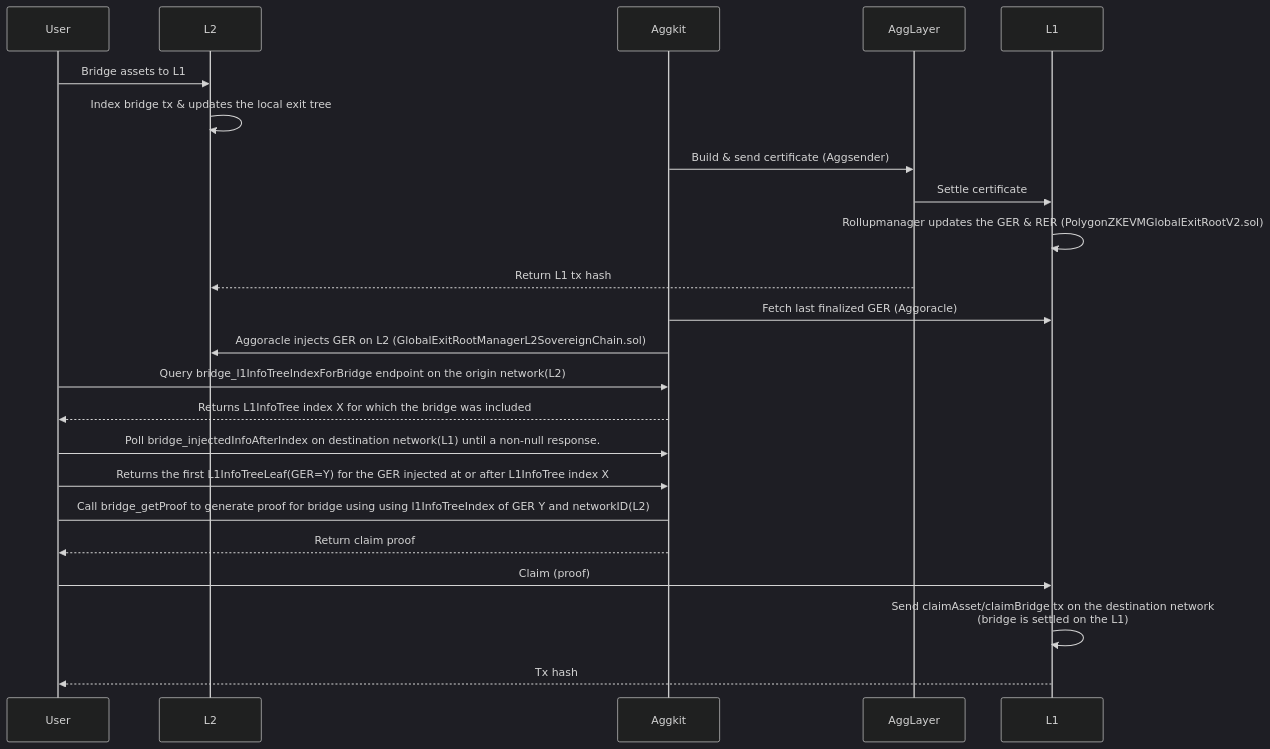
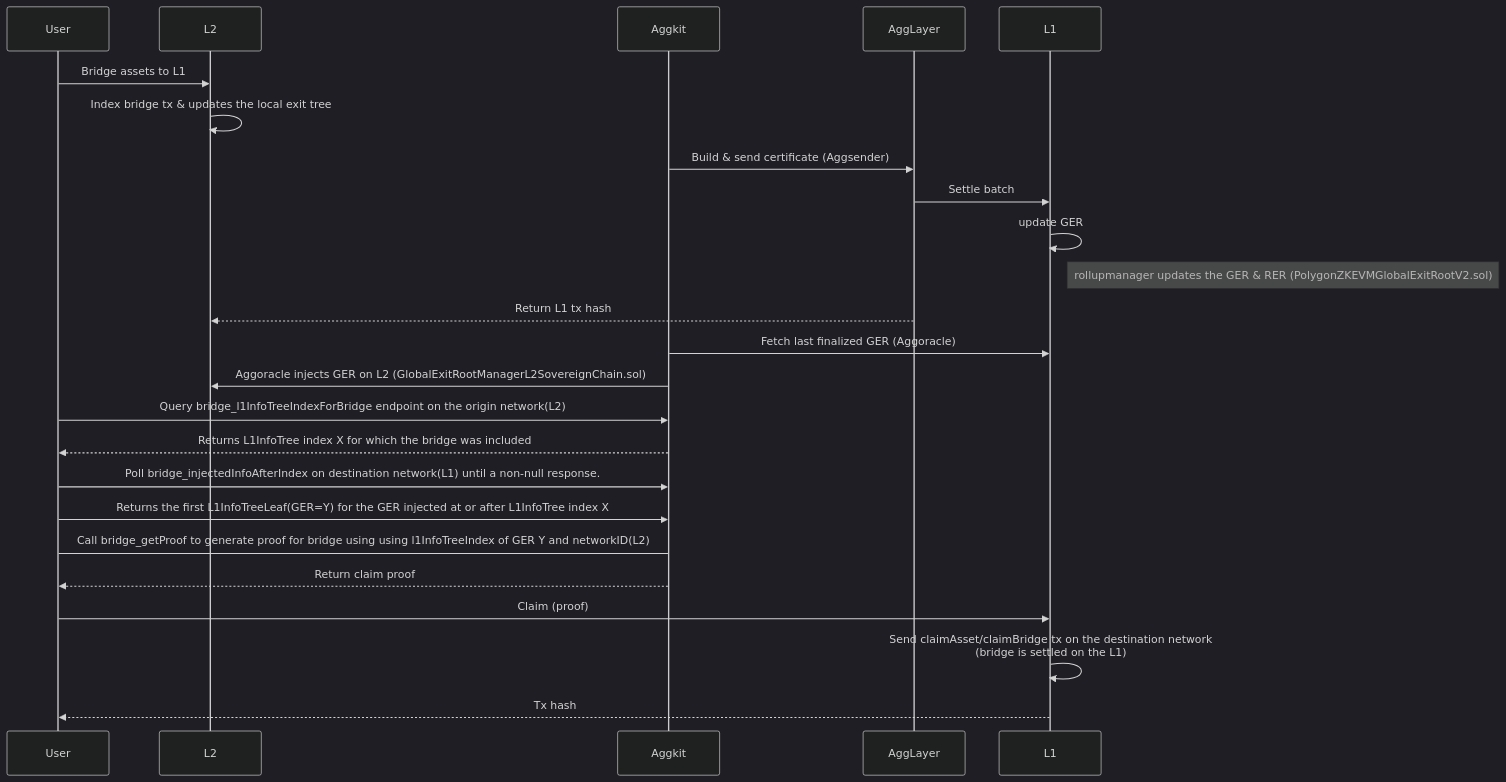
Before and after one commit to agglayer/aggkit: the third of 5 diagrams in docs/bridge_service.md, drawn with Mermaid (dark theme). The commit also changed other lines of this file, not shown here.

````diff
--- a/docs/bridge_service.md
+++ b/docs/bridge_service.md
@@ -73,27 +89,28 @@
 ```mermaid
 sequenceDiagram
     participant User
     participant L2
     participant Aggkit
     participant AggLayer
     participant L1
 
     User->>L2: Bridge assets to L1
     L2->>L2: Index bridge tx & updates the local exit tree
     Aggkit->>AggLayer: Build & send certificate (Aggsender)
-    AggLayer->>L1: Settle certificate
-    L1->>L1: Rollupmanager updates the GER & RER (PolygonZKEVMGlobalExitRootV2.sol)
+    AggLayer->>L1: Settle batch
+    L1->>L1: update GER
+    Note right of L1: rollupmanager updates the GER & RER (PolygonZKEVMGlobalExitRootV2.sol)
     AggLayer-->>L2: Return L1 tx hash
     Aggkit->>L1: Fetch last finalized GER (Aggoracle)
     Aggkit->>L2: Aggoracle injects GER on L2 (GlobalExitRootManagerL2SovereignChain.sol)
 
     User->>Aggkit: Query bridge_l1InfoTreeIndexForBridge endpoint on the origin network(L2)
     Aggkit-->>User: Returns L1InfoTree index X for which the bridge was included 
     User->>Aggkit: Poll bridge_injectedInfoAfterIndex on destination network(L1) until a non-null response.
     User->>Aggkit: Returns the first L1InfoTreeLeaf(GER=Y) for the GER injected at or after L1InfoTree index X
     User->Aggkit: Call bridge_getProof to generate proof for bridge using using l1InfoTreeIndex of GER Y and networkID(L2)
     Aggkit-->>User: Return claim proof
     User->>L1: Claim (proof)
     L1->>L1: Send claimAsset/claimBridge tx on the destination network<br/>(bridge is settled on the L1)
     L1-->>User: Tx hash
 ```
````
